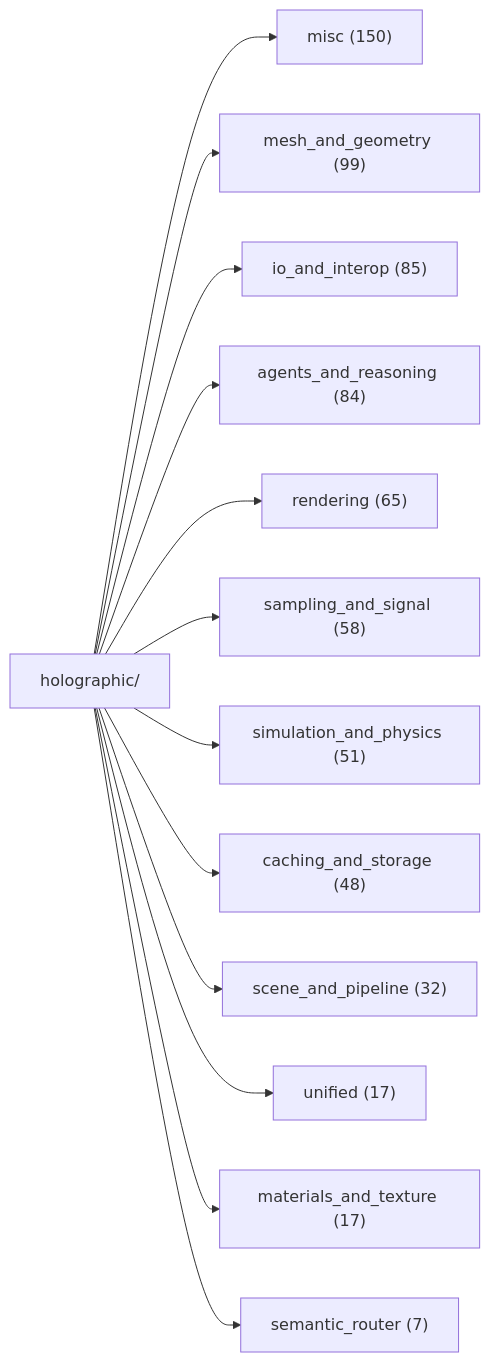
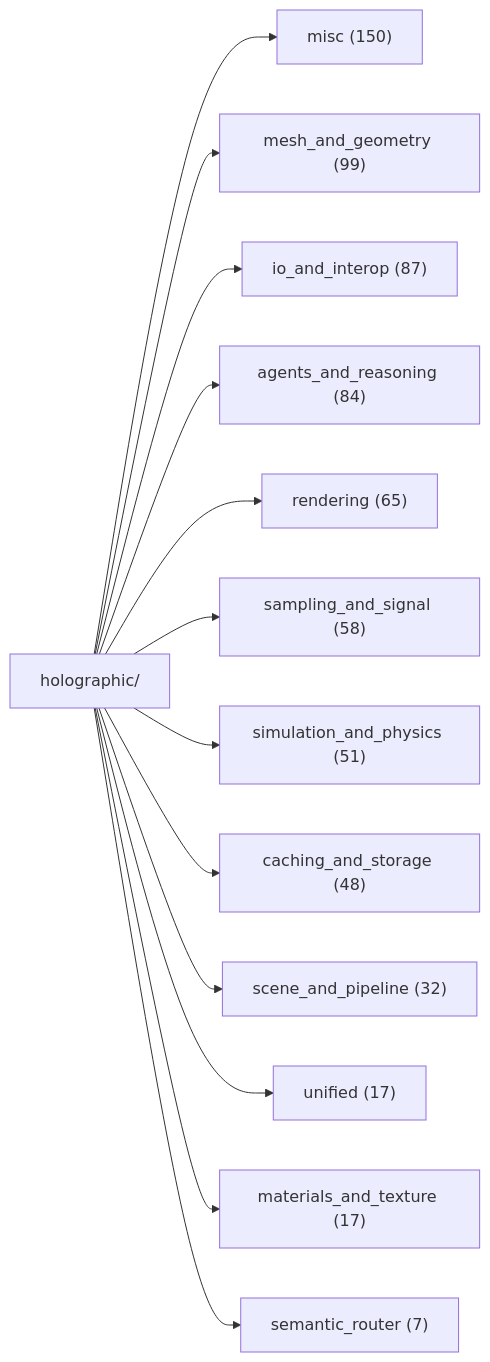
One commit to AnOversizedMooseWithSocks/leCore changed the first of 2 diagrams in docs/DOC_MAP.md. Above: the diagram before and after it, drawn with Mermaid. The commit also changed other lines of this file and 3 other files, not shown here.

````diff
--- a/docs/DOC_MAP.md
+++ b/docs/DOC_MAP.md
@@ -35,16 +35,16 @@
 ```mermaid
 graph LR
     H[holographic/]
     H --> misc["misc (150)"]
     H --> mesh["mesh_and_geometry (99)"]
-    H --> io_a["io_and_interop (85)"]
+    H --> io_a["io_and_interop (87)"]
     H --> agen["agents_and_reasoning (84)"]
     H --> rend["rendering (65)"]
     H --> samp["sampling_and_signal (58)"]
     H --> simu["simulation_and_physics (51)"]
     H --> cach["caching_and_storage (48)"]
     H --> scen["scene_and_pipeline (32)"]
     H --> unif["unified (17)"]
     H --> mate["materials_and_texture (17)"]
     H --> sema["semantic_router (7)"]
 ```
````
